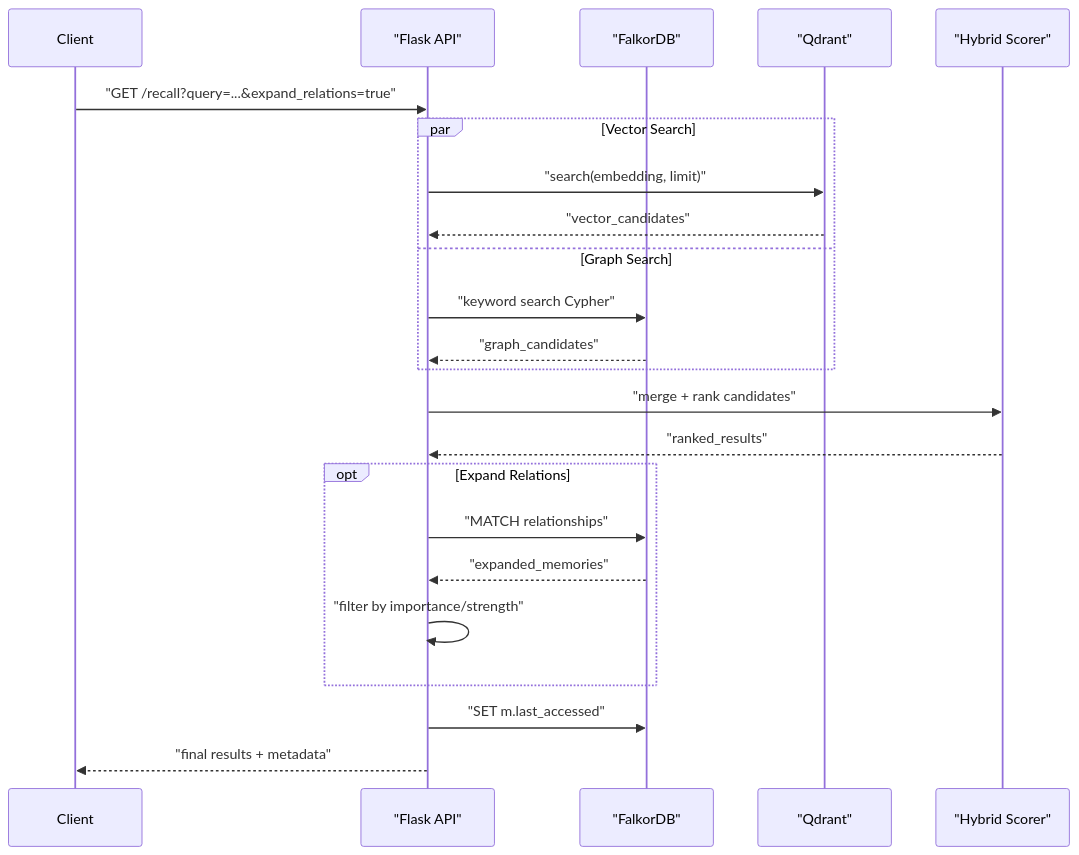
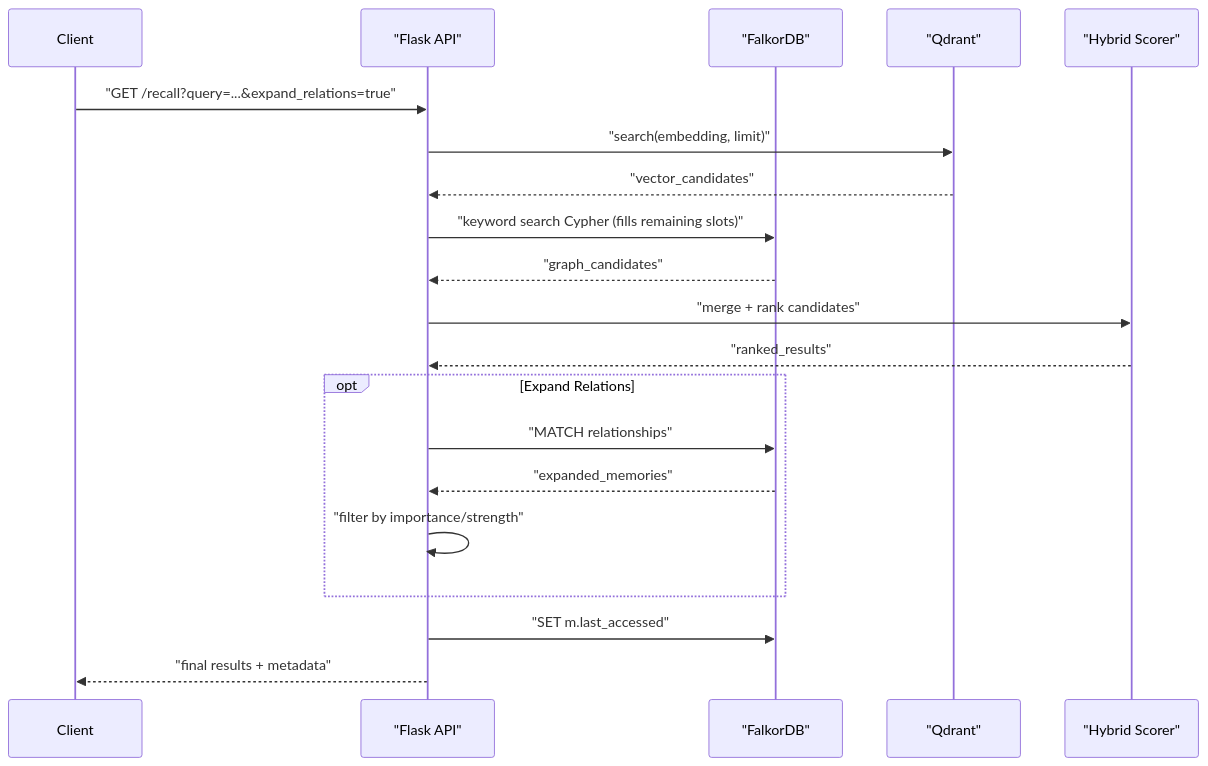
Before and after one commit to verygoodplugins/automem-website: the fourth of 4 diagrams in src/content/docs/docs/reference/api/recall-operations.md, drawn with Mermaid. The commit also changed other lines of this file and 1 other file, not shown here.

First line of the commit message:
docs: correct recall operations sequencing, expansion flows, MCP schema and formatting (#432)

````diff
--- a/src/content/docs/docs/reference/api/recall-operations.md
+++ b/src/content/docs/docs/reference/api/recall-operations.md
@@ -420,30 +427,27 @@
 ```mermaid
 sequenceDiagram
     participant Client
     participant API as "Flask API"
     participant Graph as "FalkorDB"
     participant Vector as "Qdrant"
     participant Scorer as "Hybrid Scorer"
 
     Client->>API: "GET /recall?query=...&expand_relations=true"
 
-    par Vector Search
-        API->>Vector: "search(embedding, limit)"
-        Vector-->>API: "vector_candidates"
-    and Graph Search
-        API->>Graph: "keyword search Cypher"
-        Graph-->>API: "graph_candidates"
-    end
+    API->>Vector: "search(embedding, limit)"
+    Vector-->>API: "vector_candidates"
+    API->>Graph: "keyword search Cypher (fills remaining slots)"
+    Graph-->>API: "graph_candidates"
 
     API->>Scorer: "merge + rank candidates"
     Scorer-->>API: "ranked_results"
 
     opt Expand Relations
         API->>Graph: "MATCH relationships"
         Graph-->>API: "expanded_memories"
         API->>API: "filter by importance/strength"
     end
 
     API->>Graph: "SET m.last_accessed"
     API-->>Client: "final results + metadata"
 ```
````
